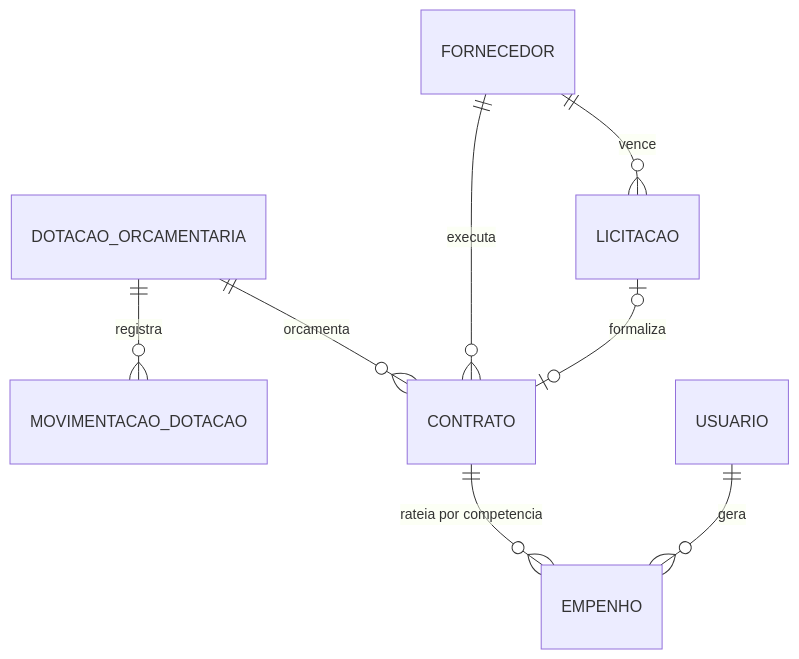
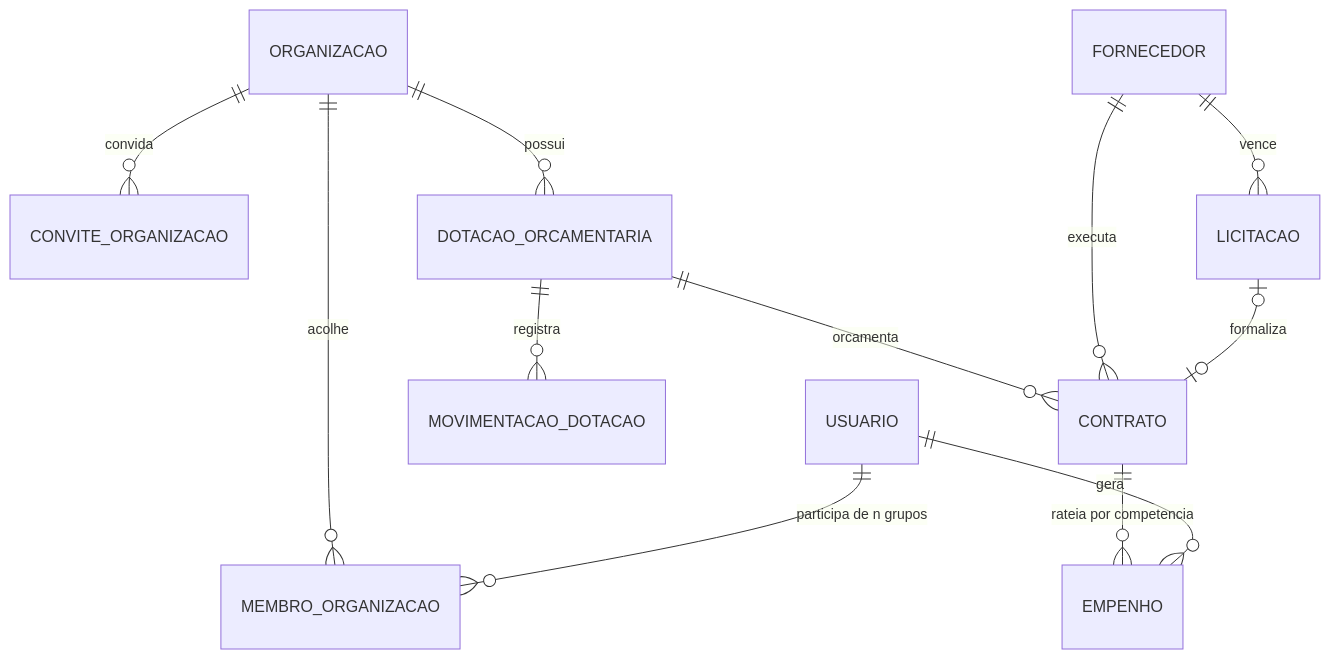
One commit to enzo-barbosa/gestao-compras-publicas-api changed the diagram in README.md. Above: the diagram before and after it, drawn with Mermaid. The commit also changed other lines of this file and 45 other files, not shown here.

````diff
--- a/README.md
+++ b/README.md
@@ -96,10 +99,14 @@
 ```mermaid
 erDiagram
+    ORGANIZACAO ||--o{ MEMBRO_ORGANIZACAO : "acolhe"
+    USUARIO ||--o{ MEMBRO_ORGANIZACAO : "participa de n grupos"
+    ORGANIZACAO ||--o{ CONVITE_ORGANIZACAO : "convida"
     DOTACAO_ORCAMENTARIA ||--o{ MOVIMENTACAO_DOTACAO : "registra"
+    ORGANIZACAO ||--o{ DOTACAO_ORCAMENTARIA : "possui"
     DOTACAO_ORCAMENTARIA ||--o{ CONTRATO : "orcamenta"
     FORNECEDOR ||--o{ LICITACAO : "vence"
     FORNECEDOR ||--o{ CONTRATO : "executa"
     LICITACAO |o--o| CONTRATO : "formaliza"
     CONTRATO ||--o{ EMPENHO : "rateia por competencia"
     USUARIO ||--o{ EMPENHO : "gera"
 ```
````
